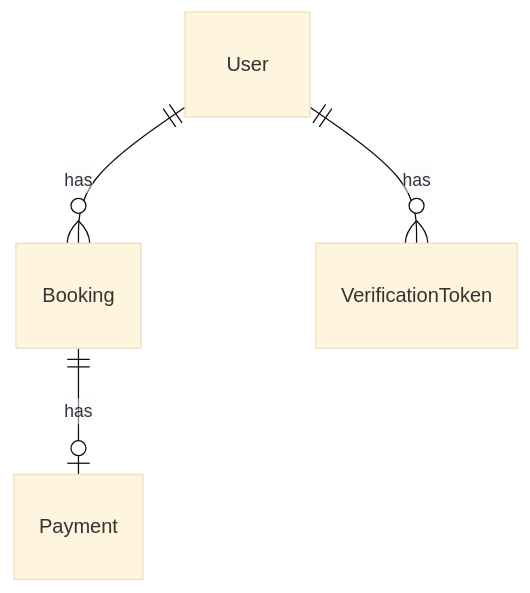
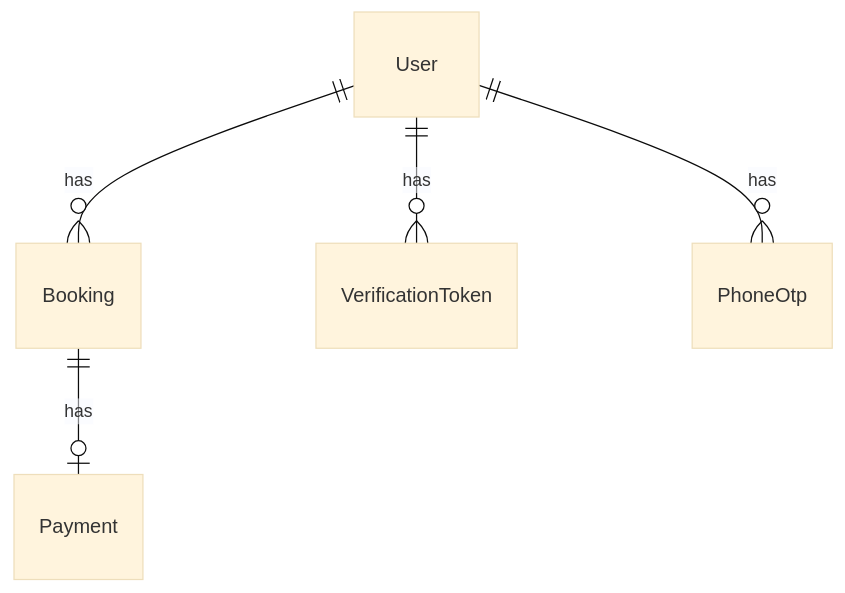
The fourth of 4 diagrams in CODEBASE_CONTEXT.md (Tarushmittal001/mann-matters), drawn with Mermaid (base theme) before and after one commit. The commit also changed other lines of this file and 21 other files, not shown here.

````diff
--- a/CODEBASE_CONTEXT.md
+++ b/CODEBASE_CONTEXT.md
@@ -550,6 +570,7 @@
 ```mermaid
 erDiagram
   User ||--o{ Booking : has
   User ||--o{ VerificationToken : has
+  User ||--o{ PhoneOtp : has
   Booking ||--o| Payment : has
 ```
````
